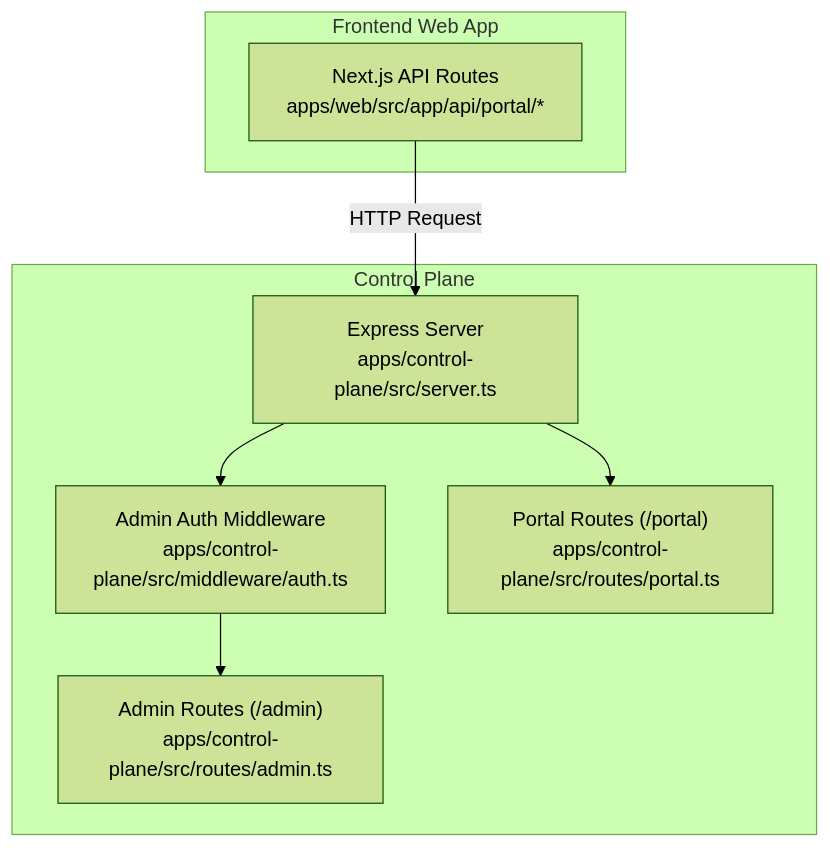
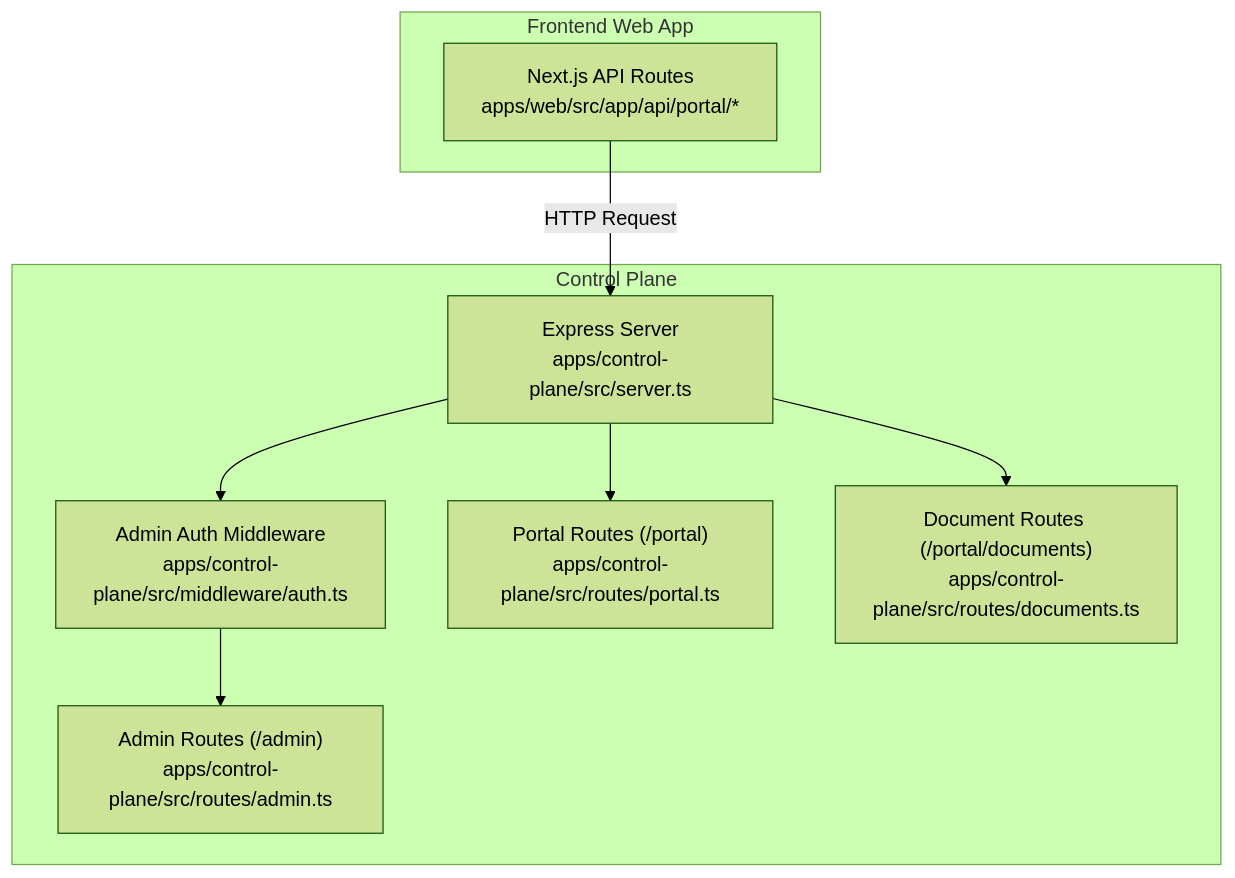
One commit to askchiwa-spec/FLOW-HQ-BOT changed the first of 11 diagrams in .qoder/repowiki/en/content/Control Plane API/Control Plane API.md. Above: the diagram before and after it, drawn with Mermaid (forest theme). The commit also changed other lines of this file and 27 other files, not shown here.

````diff
--- a/.qoder/repowiki/en/content/Control Plane API/Control Plane API.md
+++ b/.qoder/repowiki/en/content/Control Plane API/Control Plane API.md
@@ -36,16 +48,18 @@
 ```mermaid
 graph TB
 subgraph "Control Plane"
 CP_Server["Express Server<br/>apps/control-plane/src/server.ts"]
 CP_AdminMW["Admin Auth Middleware<br/>apps/control-plane/src/middleware/auth.ts"]
 CP_AdminRoutes["Admin Routes (/admin)<br/>apps/control-plane/src/routes/admin.ts"]
 CP_PortalRoutes["Portal Routes (/portal)<br/>apps/control-plane/src/routes/portal.ts"]
+CP_DocRoutes["Document Routes (/portal/documents)<br/>apps/control-plane/src/routes/documents.ts"]
 end
 subgraph "Frontend Web App"
 FE_NextAPI["Next.js API Routes<br/>apps/web/src/app/api/portal/*"]
 end
 FE_NextAPI --> |HTTP Request| CP_Server
 CP_Server --> CP_AdminMW
 CP_AdminMW --> CP_AdminRoutes
 CP_Server --> CP_PortalRoutes
+CP_Server --> CP_DocRoutes
 ```
````
